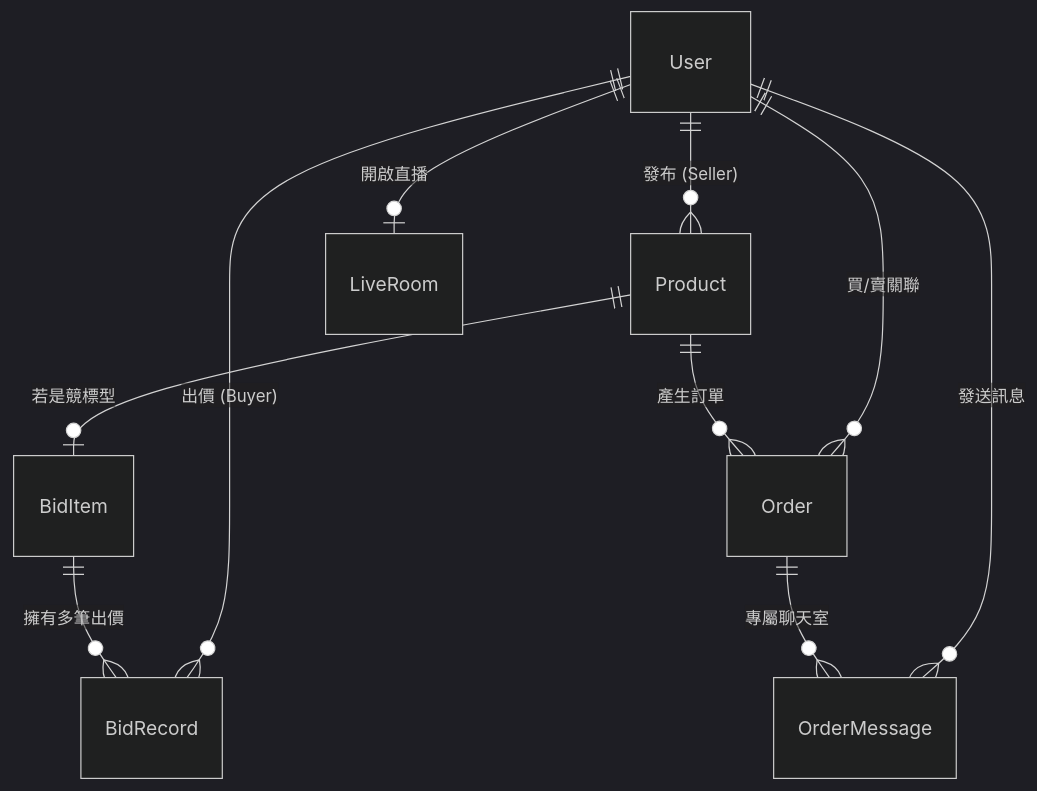
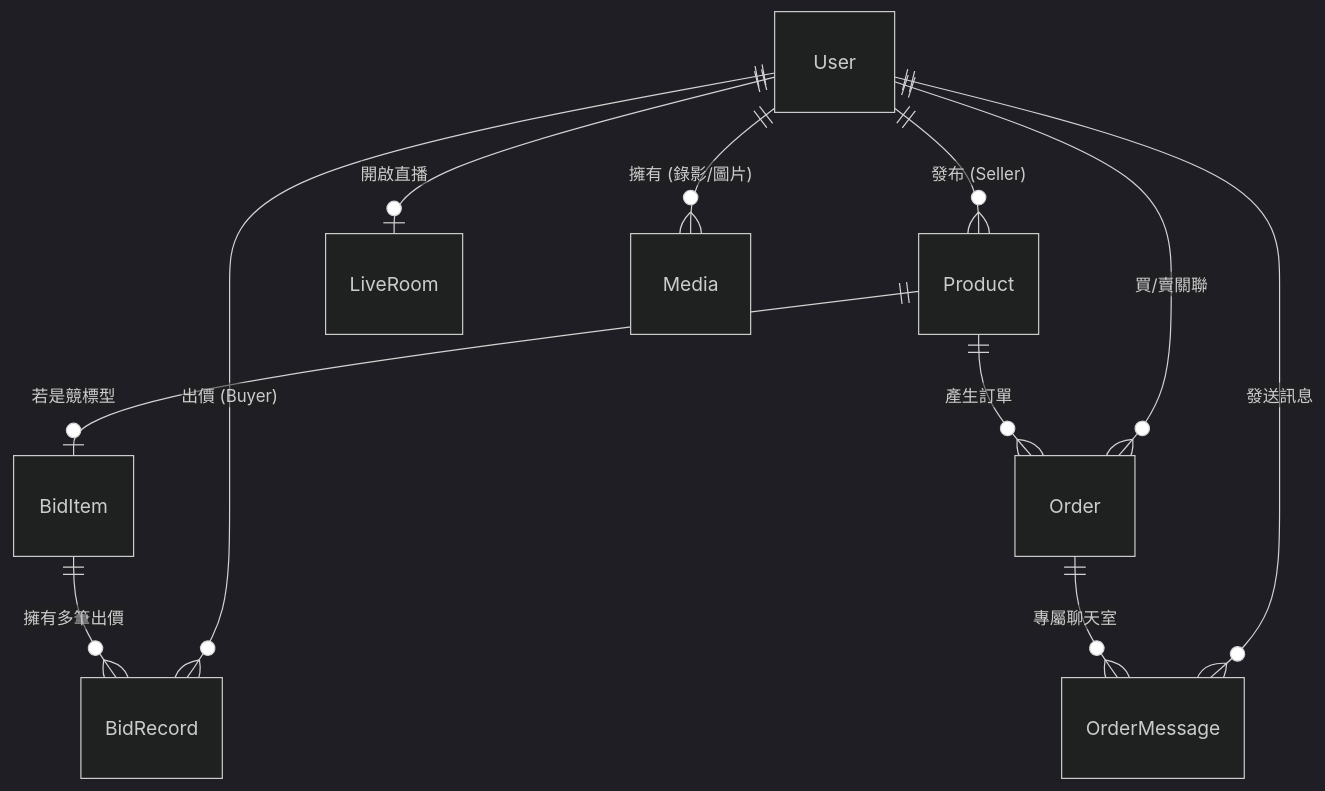
The diagram in PRD.md (steve-shih/petlive), drawn with Mermaid (dark theme) before and after one commit. The commit also changed other lines of this file and 45 other files, not shown here.

````diff
--- a/PRD.md
+++ b/PRD.md
@@ -11,14 +11,15 @@
 ```mermaid
 erDiagram
     User ||--o{ Product : "發布 (Seller)"
     User ||--o{ BidRecord : "出價 (Buyer)"
     User ||--o{ Order : "買/賣關聯"
     User ||--o{ OrderMessage : "發送訊息"
     User ||--o| LiveRoom : "開啟直播"
+    User ||--o{ Media : "擁有 (錄影/圖片)"
     
     Product ||--o| BidItem : "若是競標型"
     Product ||--o{ Order : "產生訂單"
     
     BidItem ||--o{ BidRecord : "擁有多筆出價"
     Order ||--o{ OrderMessage : "專屬聊天室"
 ```
````
